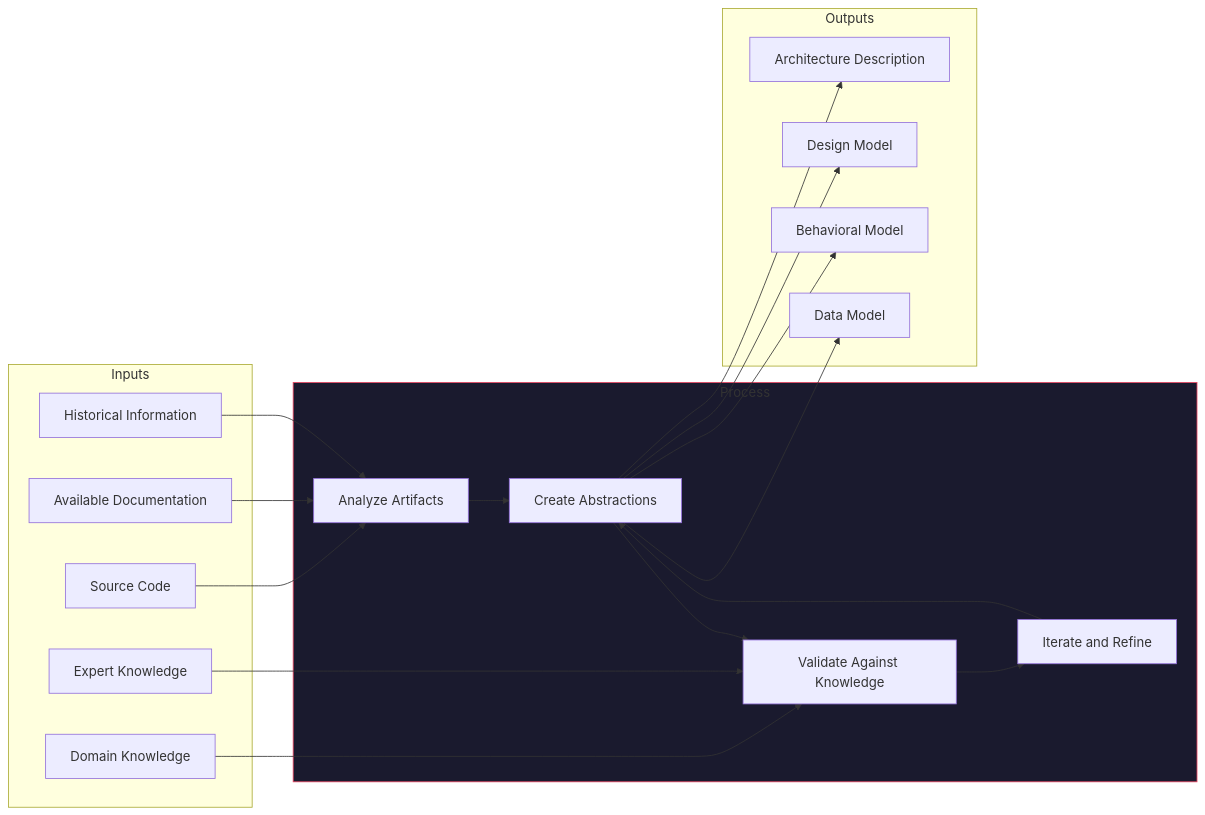
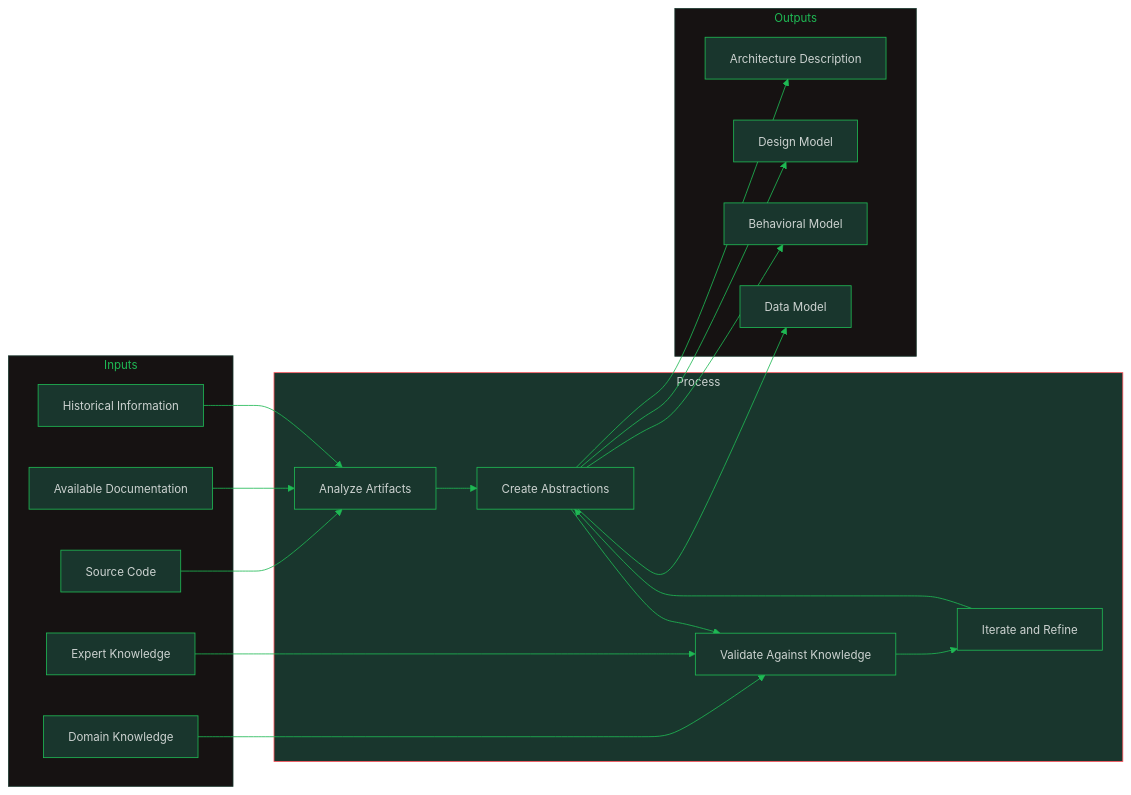
One commit to oat431/swe-knowledge changed the second of 8 diagrams in software-engineering-note/07_Software_Maintenance/09_Maintenance_Tools_and_Techniques.md. Above: the diagram before and after it, drawn with Mermaid. The commit also changed other lines of this file and 10 other files, not shown here.

````diff
--- a/software-engineering-note/07_Software_Maintenance/09_Maintenance_Tools_and_Techniques.md
+++ b/software-engineering-note/07_Software_Maintenance/09_Maintenance_Tools_and_Techniques.md
@@ -91,42 +92,43 @@
 ```mermaid
+%%{init: {'theme':'base','themeVariables':{'primaryColor':'#19362D','primaryTextColor':'#CDD3D1','primaryBorderColor':'#1FB854','lineColor':'#1FB854','secondaryColor':'#161212','tertiaryColor':'#1B1717','background':'#1B1717','mainBkg':'#19362D','nodeBorder':'#1FB854','clusterBkg':'#161212','clusterBorder':'#19362D','titleColor':'#1FB854','edgeLabelBackground':'#161212','fontSize':'14px'}}}%%
 flowchart LR
     subgraph Inputs
         CODE[Source Code]
         DOCS[Available Documentation]
         DOMAIN[Domain Knowledge]
         EXPERT[Expert Knowledge]
         HIST[Historical Information]
     end
     
     subgraph Process
         ANALYZE[Analyze Artifacts]
         ABSTRACT[Create Abstractions]
         VALIDATE[Validate Against Knowledge]
         ITERATE[Iterate and Refine]
     end
     
     subgraph Outputs
         ARCH[Architecture Description]
         DESIGN[Design Model]
         BEHAVIOR[Behavioral Model]
         DATA[Data Model]
     end
     
     CODE --> ANALYZE
     DOCS --> ANALYZE
     DOMAIN --> VALIDATE
     EXPERT --> VALIDATE
     HIST --> ANALYZE
     
     ANALYZE --> ABSTRACT
     ABSTRACT --> VALIDATE
     VALIDATE --> ITERATE
     ITERATE --> ABSTRACT
     
     ABSTRACT --> ARCH
     ABSTRACT --> DESIGN
     ABSTRACT --> BEHAVIOR
     ABSTRACT --> DATA
     
-    style Process fill:#1a1a2e,stroke:#e94560
+    style Process fill:#19362D,stroke:#FF5861,color:#CDD3D1
 ```
````
